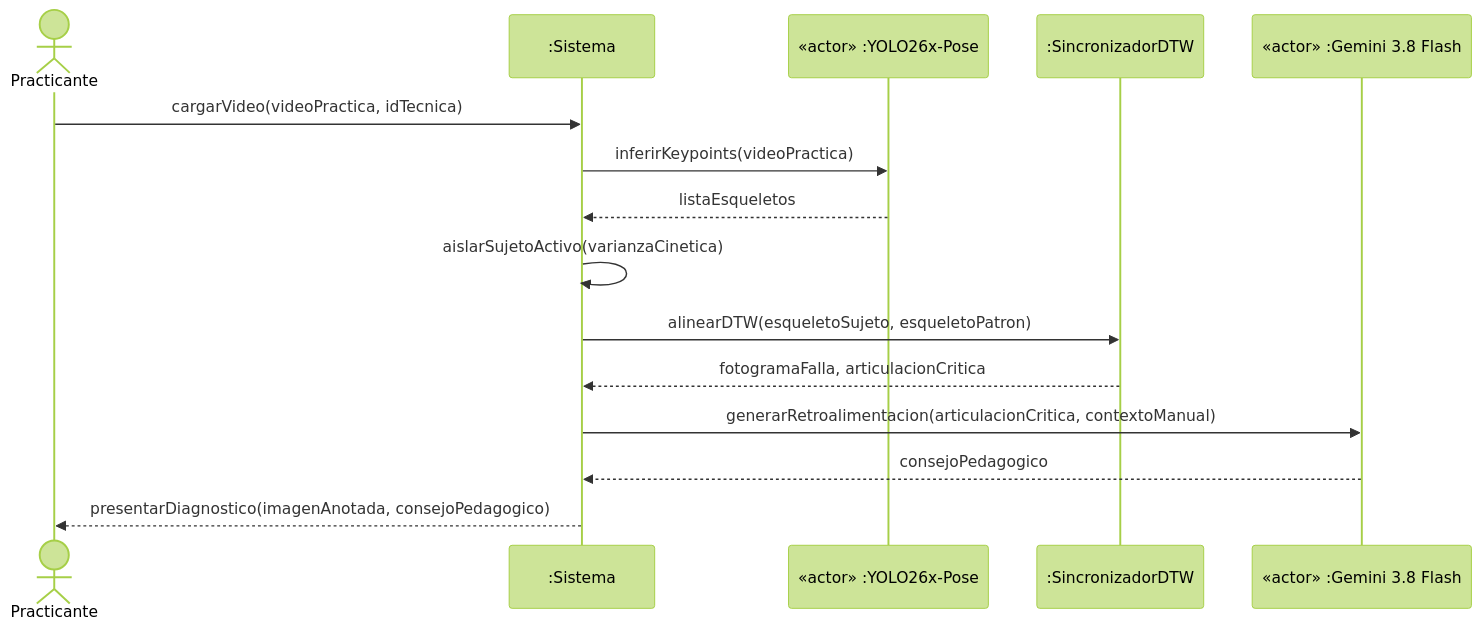
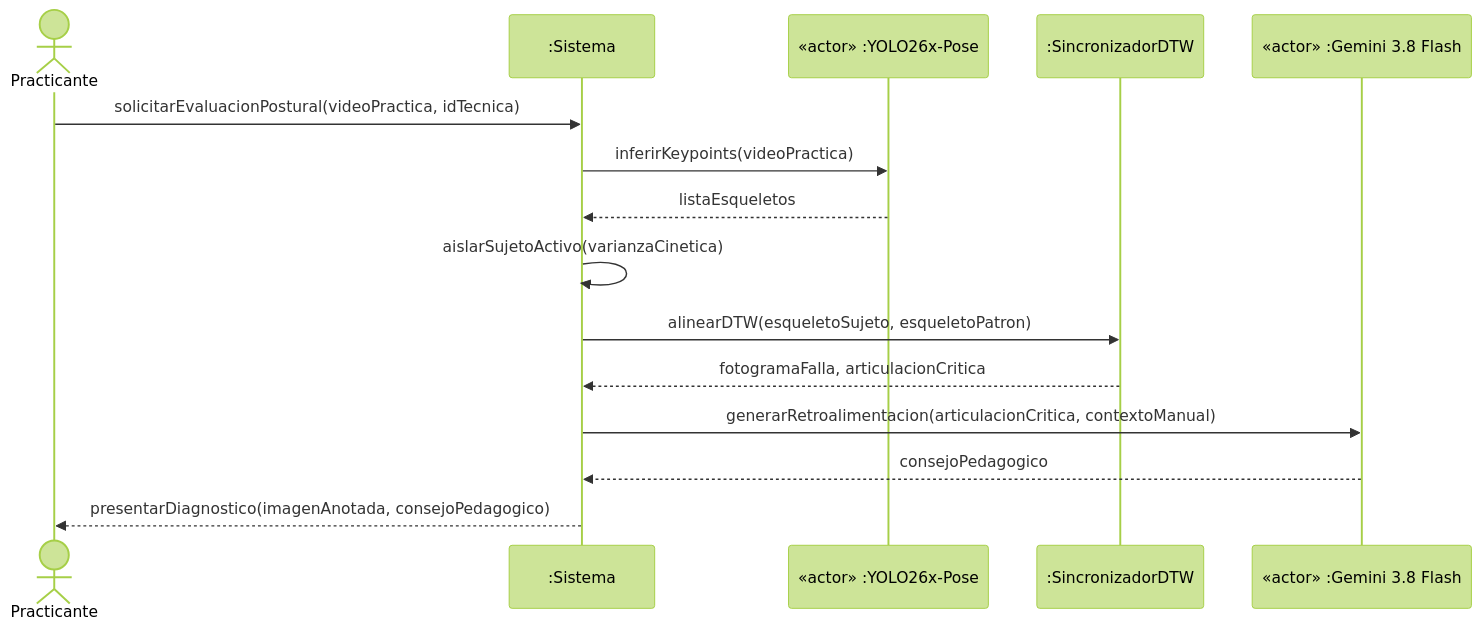
One commit to Tsmrain/JiuJitsu changed the eighth of 11 diagrams in README.md. Above: the diagram before and after it, drawn with Mermaid (forest theme). The commit also changed other lines of this file, not shown here.

Commit message:
docs: update README with kinematic imputation techniques, pgvector integration, and FiltroCinetico architectural documentation

````diff
--- a/README.md
+++ b/README.md
@@ -841,18 +850,18 @@
 ```mermaid
 sequenceDiagram
     actor Practicante
     participant Sistema as :Sistema
     participant YOLO as «actor» :YOLO26x-Pose
     participant DTW as :SincronizadorDTW
     participant GEM as «actor» :Gemini 3.8 Flash
 
-    Practicante->>Sistema: cargarVideo(videoPractica, idTecnica)
+    Practicante->>Sistema: solicitarEvaluacionPostural(videoPractica, idTecnica)
     Sistema->>YOLO: inferirKeypoints(videoPractica)
     YOLO-->>Sistema: listaEsqueletos
     Sistema->>Sistema: aislarSujetoActivo(varianzaCinetica)
     Sistema->>DTW: alinearDTW(esqueletoSujeto, esqueletoPatron)
     DTW-->>Sistema: fotogramaFalla, articulacionCritica
     Sistema->>GEM: generarRetroalimentacion(articulacionCritica, contextoManual)
     GEM-->>Sistema: consejoPedagogico
     Sistema-->>Practicante: presentarDiagnostico(imagenAnotada, consejoPedagogico)
 ```
````
